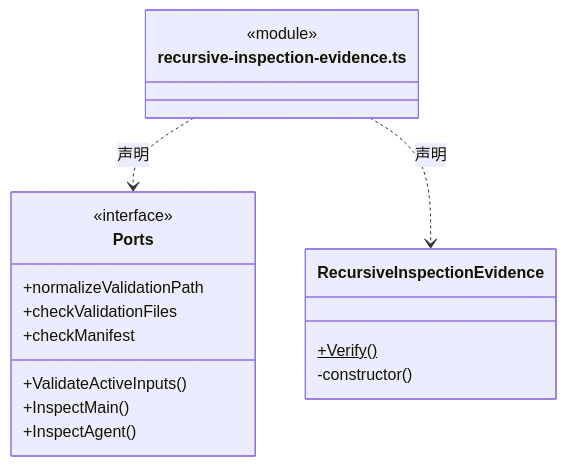
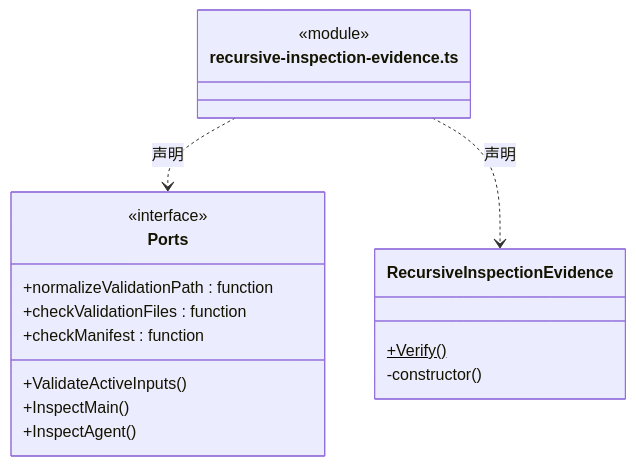
Before and after one commit to nan023062/cbim: diagram 19 of 23 in src/logic/evidence/runtime/ARCHITECTURE.md, drawn with Mermaid. The commit also changed other lines of this file and 137 other files, not shown here.

Commit message:
fix: align architecture generator with documentation standards

````diff
--- a/src/logic/evidence/runtime/ARCHITECTURE.md
+++ b/src/logic/evidence/runtime/ARCHITECTURE.md
@@ -477,21 +504,21 @@
 ```mermaid
 classDiagram
 class N_src_logic_evidence_runtime_recursive_inspection_evidence_ts["recursive-inspection-evidence.ts"] {
   <<module>>
 }
 class N_src_logic_evidence_runtime_recursive_inspection_evidence_ts_Ports["Ports"] {
   <<interface>>
   +ValidateActiveInputs()
   +InspectMain()
   +InspectAgent()
-  +normalizeValidationPath
-  +checkValidationFiles
-  +checkManifest
+  +normalizeValidationPath : function
+  +checkValidationFiles : function
+  +checkManifest : function
 }
 N_src_logic_evidence_runtime_recursive_inspection_evidence_ts ..> N_src_logic_evidence_runtime_recursive_inspection_evidence_ts_Ports : 声明
 class N_src_logic_evidence_runtime_recursive_inspection_evidence_ts_RecursiveInspectionEvidence["RecursiveInspectionEvidence"] {
   +Verify()$
   -constructor()
 }
 N_src_logic_evidence_runtime_recursive_inspection_evidence_ts ..> N_src_logic_evidence_runtime_recursive_inspection_evidence_ts_RecursiveInspectionEvidence : 声明
 ```
````
